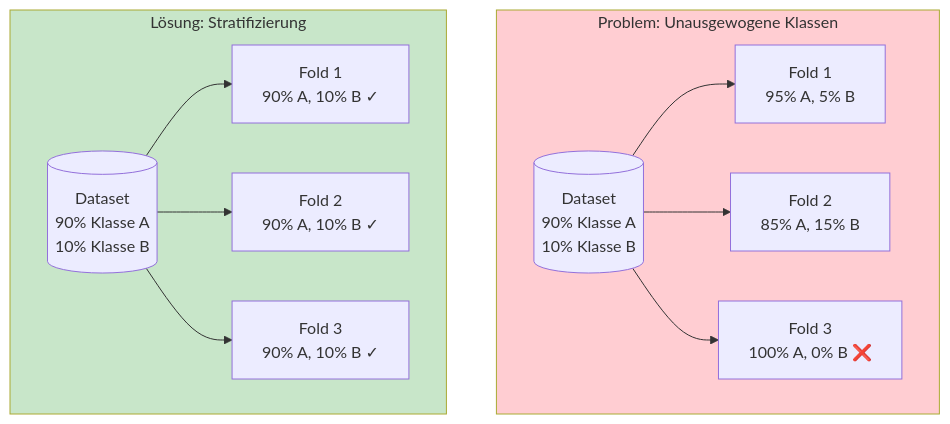
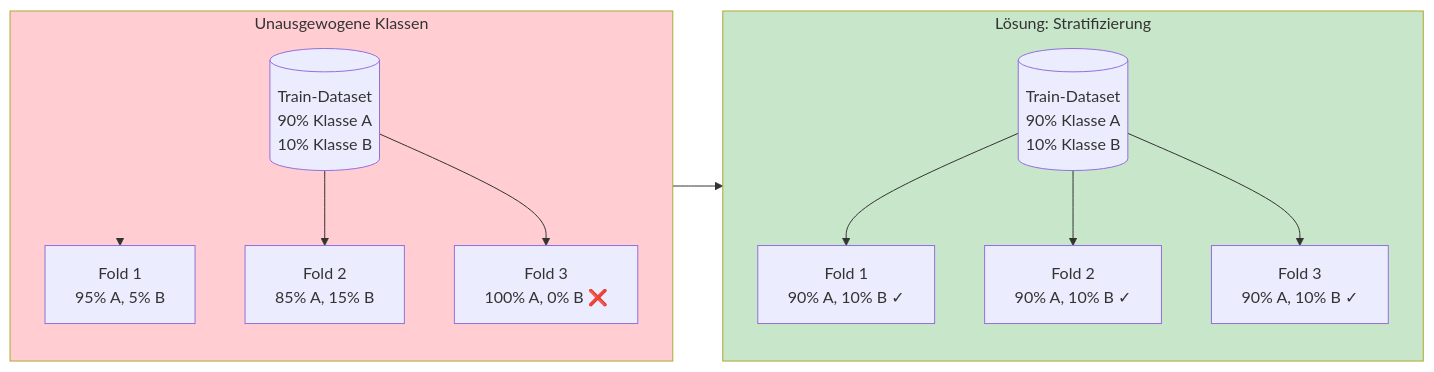
The fourth of 9 diagrams in docs/concepts/evaluate/cross_validation.md (ralf-42/ML_Intro), drawn with Mermaid before and after one commit. The commit also changed other lines of this file and 24 other files, not shown here.

````diff
--- a/docs/concepts/evaluate/cross_validation.md
+++ b/docs/concepts/evaluate/cross_validation.md
@@ -242,19 +245,26 @@
 ```mermaid
-flowchart TB
-    subgraph problem["Problem: Unausgewogene Klassen"]
-        D1[("Dataset<br/>90% Klasse A<br/>10% Klasse B")]
+flowchart LR
+    subgraph problem["Unausgewogene Klassen"]
+        D1[("Train-Dataset<br/>90% Klasse A<br/>10% Klasse B")]
         D1 --> F1["Fold 1<br/>95% A, 5% B"]
         D1 --> F2["Fold 2<br/>85% A, 15% B"]
         D1 --> F3["Fold 3<br/>100% A, 0% B ❌"]
     end
-    
+
     subgraph solution["Lösung: Stratifizierung"]
-        D2[("Dataset<br/>90% Klasse A<br/>10% Klasse B")]
+        D2[("Train-Dataset<br/>90% Klasse A<br/>10% Klasse B")]
         D2 --> SF1["Fold 1<br/>90% A, 10% B ✓"]
         D2 --> SF2["Fold 2<br/>90% A, 10% B ✓"]
         D2 --> SF3["Fold 3<br/>90% A, 10% B ✓"]
     end
-    
+
+    %% Erzwingt Links → Rechts
+    problem --> solution
+
+    %% Kante unsichtbar machen
+    linkStyle 0 stroke-width:0,fill:none
+
     style problem fill:#ffcdd2
     style solution fill:#c8e6c9
+
 ```
````
